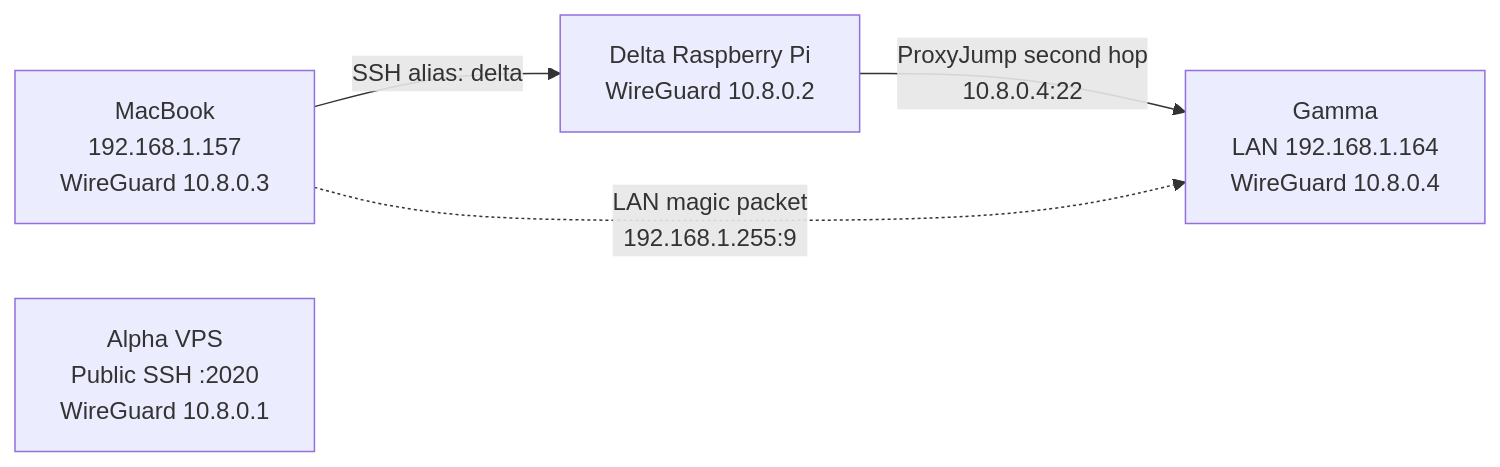
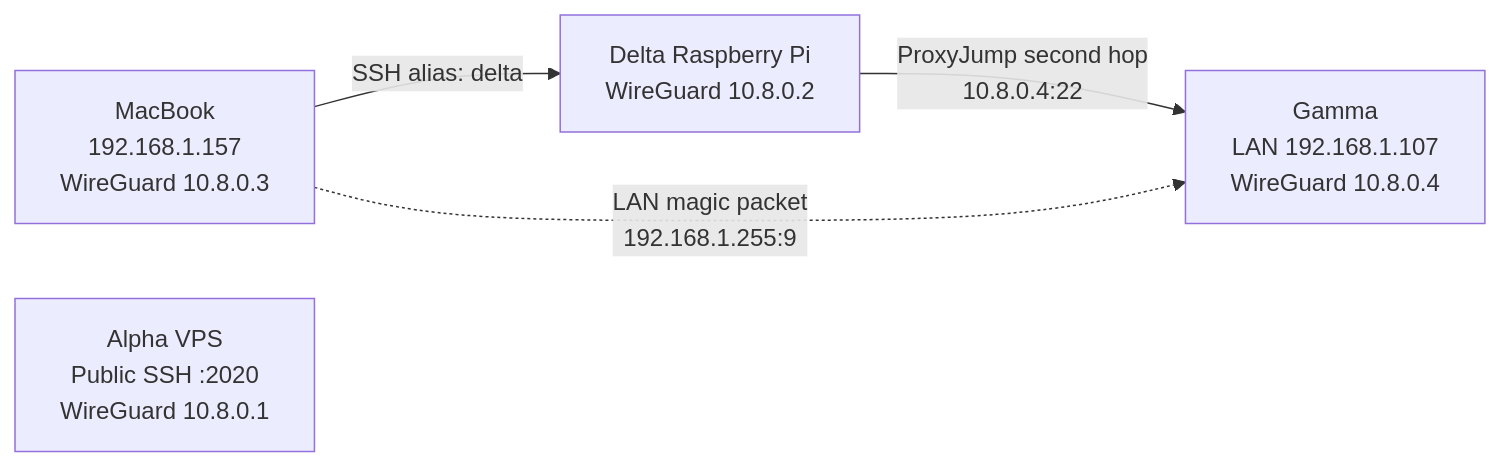
Before and after one commit to Manuel0516/zero-five-handbook: the diagram in content/docs/laptop-gamma/index.mdx, drawn with Mermaid. The commit also changed other lines of this file and 8 other files, not shown here.

````diff
--- a/content/docs/laptop-gamma/index.mdx
+++ b/content/docs/laptop-gamma/index.mdx
@@ -14,10 +14,10 @@
 ```mermaid
 flowchart LR
     mac["MacBook<br/>192.168.1.157<br/>WireGuard 10.8.0.3"]
     alpha["Alpha VPS<br/>Public SSH :2020<br/>WireGuard 10.8.0.1"]
-    gamma["Gamma<br/>LAN 192.168.1.164<br/>WireGuard 10.8.0.4"]
+    gamma["Gamma<br/>LAN 192.168.1.107<br/>WireGuard 10.8.0.4"]
 
     mac -->|"SSH alias: delta"| delta["Delta Raspberry Pi<br/>WireGuard 10.8.0.2"]
     delta -->|"ProxyJump second hop<br/>10.8.0.4:22"| gamma
     mac -. "LAN magic packet<br/>192.168.1.255:9" .-> gamma
 ```
````
